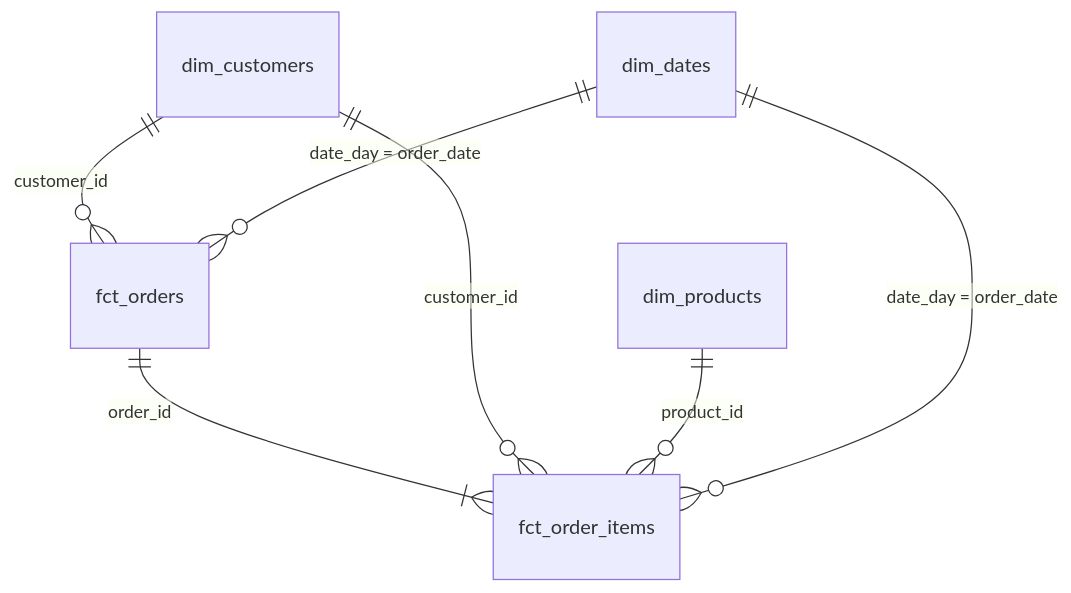
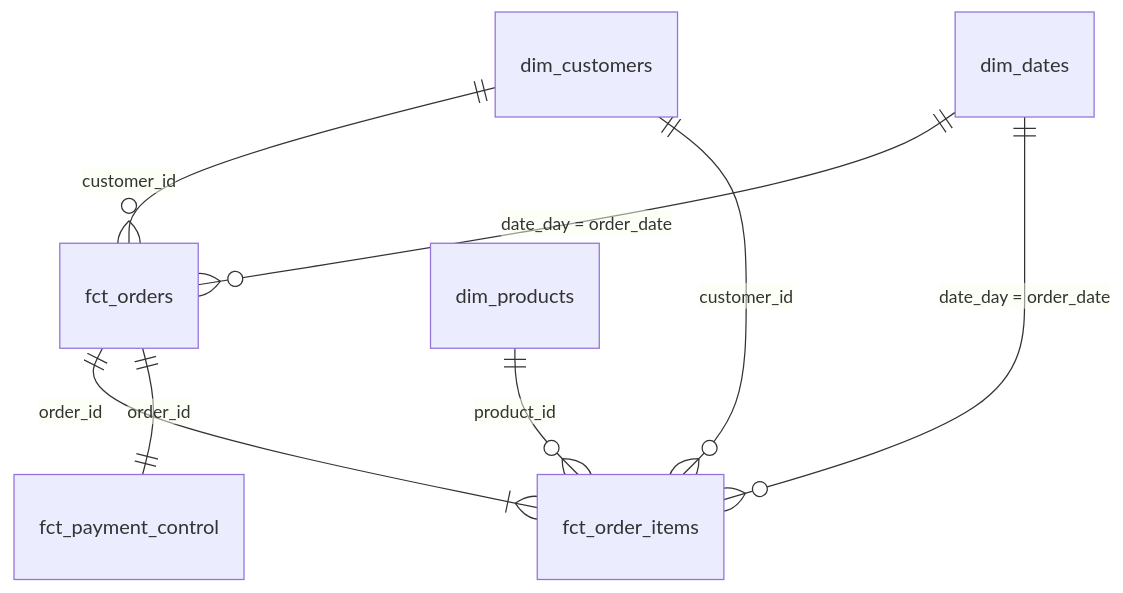
One commit to vladislavadekalina-byte/online_shop_data_mart changed the diagram in README.md. Above: the diagram before and after it, drawn with Mermaid. The commit also changed other lines of this file and 17 other files, not shown here.

````diff
--- a/README.md
+++ b/README.md
@@ -31,9 +32,10 @@
 ```mermaid
 erDiagram
     dim_customers ||--o{ fct_orders : "customer_id"
     dim_dates ||--o{ fct_orders : "date_day = order_date"
     fct_orders ||--|{ fct_order_items : "order_id"
+    fct_orders ||--|| fct_payment_control : "order_id"
     dim_customers ||--o{ fct_order_items : "customer_id"
     dim_products ||--o{ fct_order_items : "product_id"
     dim_dates ||--o{ fct_order_items : "date_day = order_date"
 ```
````
